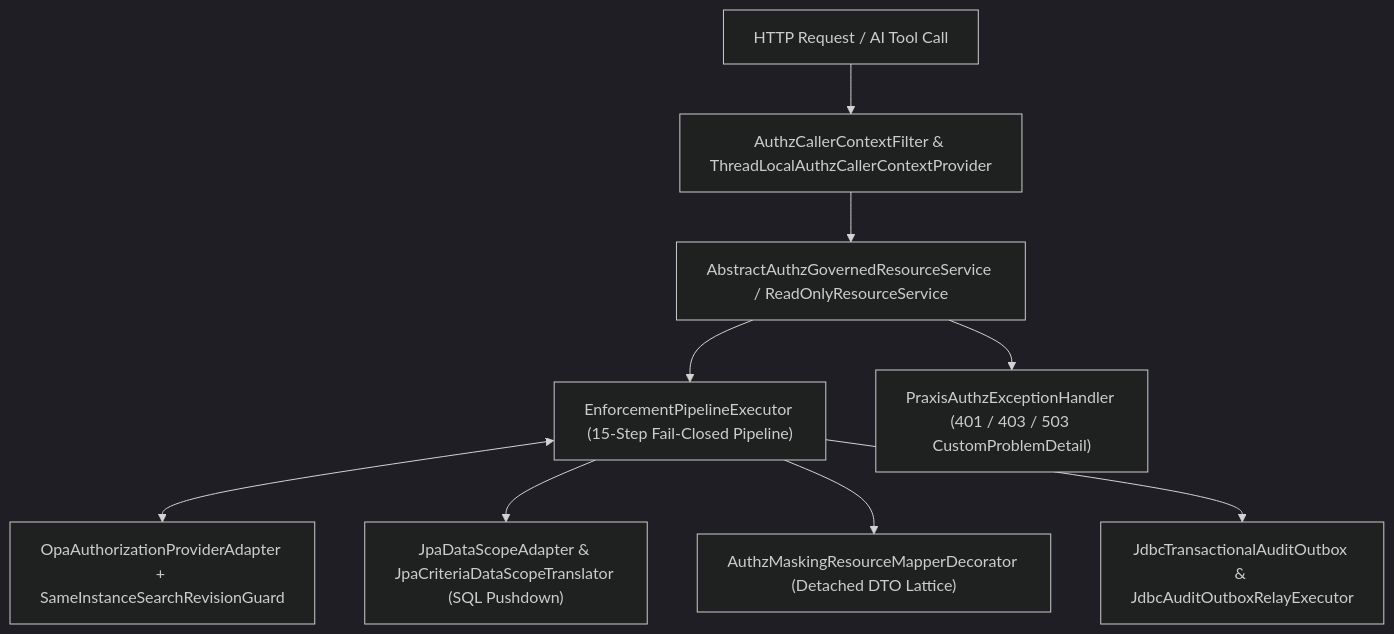
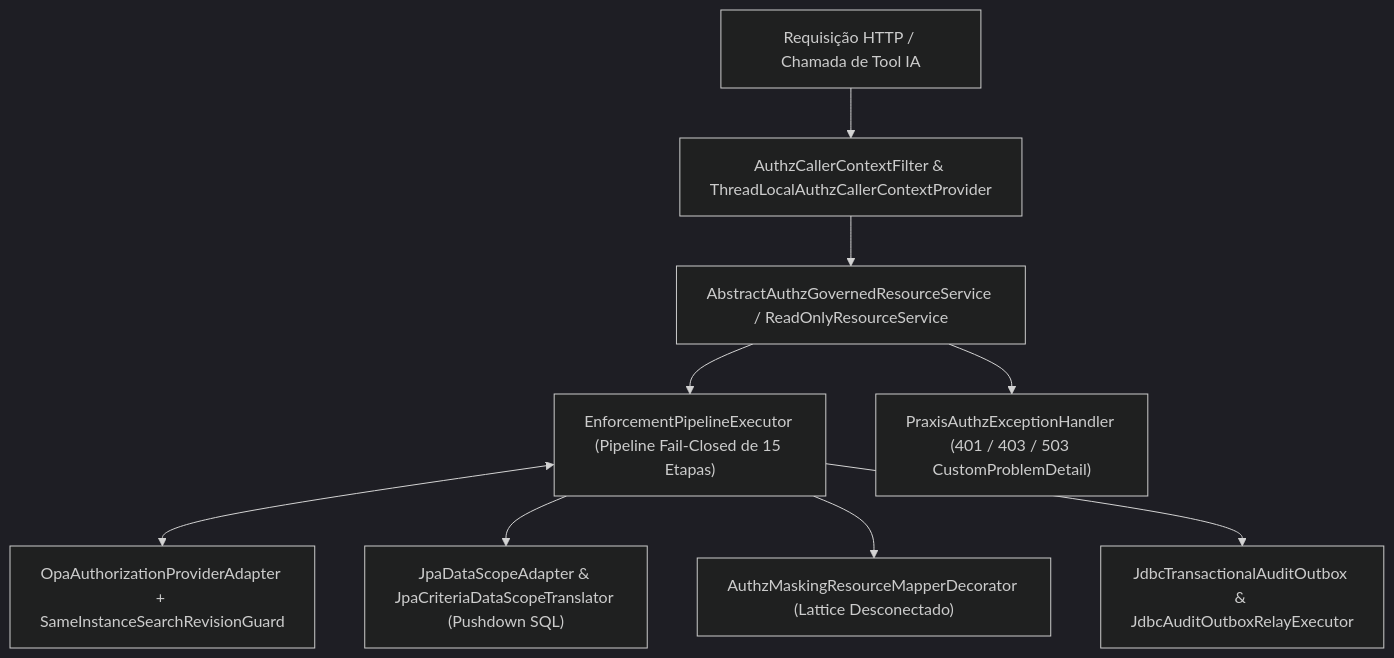
Before and after one commit to codexrodrigues/praxis-authz-starter: the diagram in README.md, drawn with Mermaid (dark theme). The commit also changed other lines of this file and 4 other files, not shown here.

````diff
--- a/README.md
+++ b/README.md
@@ -39,11 +99,11 @@
 ```mermaid
 flowchart TB
-    req["HTTP Request / AI Tool Call"] --> ctx["AuthzCallerContextFilter & ThreadLocalAuthzCallerContextProvider"]
+    req["Requisição HTTP / Chamada de Tool IA"] --> ctx["AuthzCallerContextFilter & ThreadLocalAuthzCallerContextProvider"]
     ctx --> svc["AbstractAuthzGovernedResourceService / ReadOnlyResourceService"]
-    svc --> pep["EnforcementPipelineExecutor (15-Step Fail-Closed Pipeline)"]
+    svc --> pep["EnforcementPipelineExecutor (Pipeline Fail-Closed de 15 Etapas)"]
     pep <--> opa["OpaAuthorizationProviderAdapter + SameInstanceSearchRevisionGuard"]
-    pep --> jpa["JpaDataScopeAdapter & JpaCriteriaDataScopeTranslator (SQL Pushdown)"]
-    pep --> mask["AuthzMaskingResourceMapperDecorator (Detached DTO Lattice)"]
+    pep --> jpa["JpaDataScopeAdapter & JpaCriteriaDataScopeTranslator (Pushdown SQL)"]
+    pep --> mask["AuthzMaskingResourceMapperDecorator (Lattice Desconectado)"]
     pep --> outbox["JdbcTransactionalAuditOutbox & JdbcAuditOutboxRelayExecutor"]
     svc --> err["PraxisAuthzExceptionHandler (401 / 403 / 503 CustomProblemDetail)"]
 ```
````
